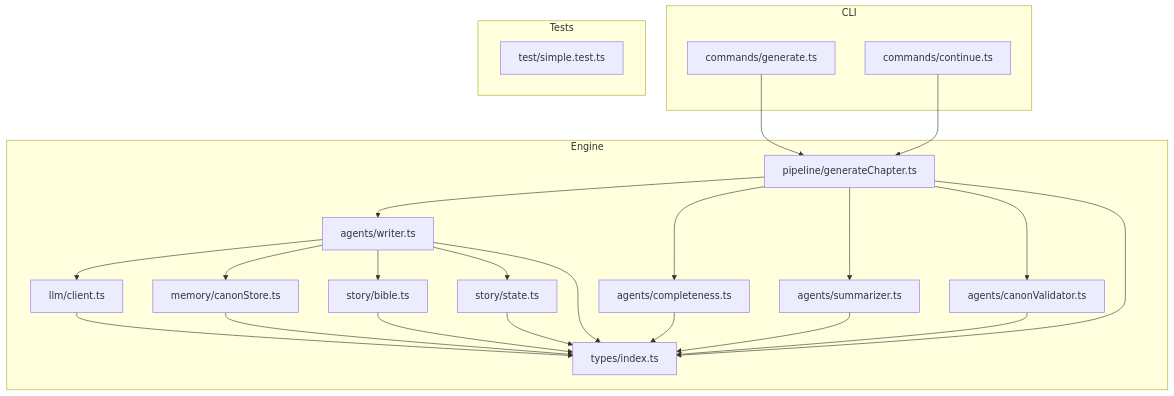
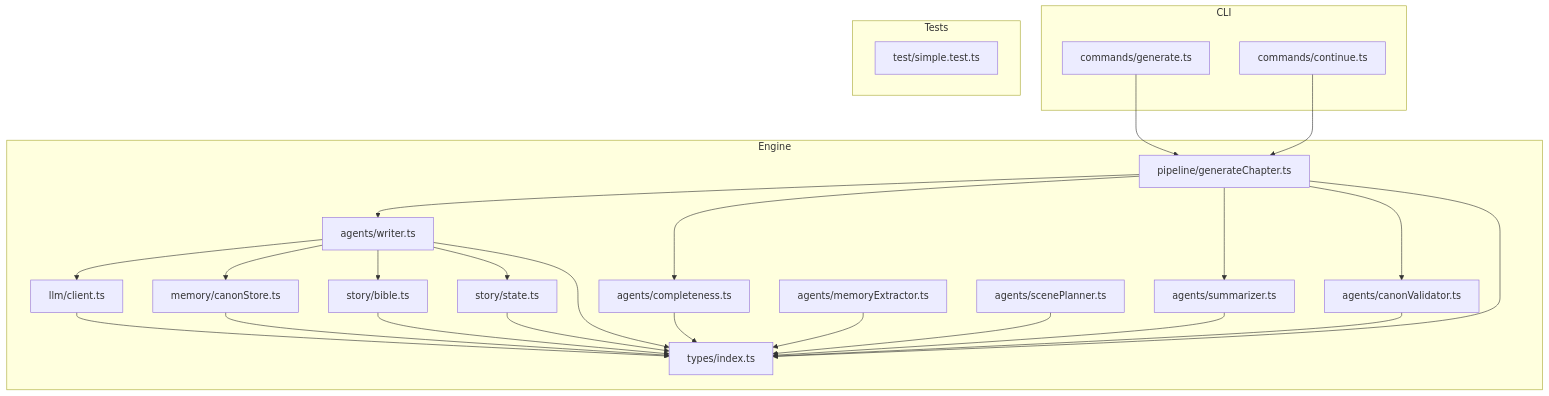
Before and after one commit to liwonder/NARRITIVE_OS: the first of 9 diagrams in .qoder/repowiki/en/content/AI Agent System/Writer Agent.md, drawn with Mermaid. The commit also changed other lines of this file and 12 other files, not shown here.

````diff
--- a/.qoder/repowiki/en/content/AI Agent System/Writer Agent.md
+++ b/.qoder/repowiki/en/content/AI Agent System/Writer Agent.md
@@ -39,41 +48,45 @@
 ```mermaid
 graph TB
 subgraph "Engine"
 A["agents/writer.ts"]
 B["pipeline/generateChapter.ts"]
 C["story/bible.ts"]
 D["story/state.ts"]
 E["memory/canonStore.ts"]
 F["agents/completeness.ts"]
 G["agents/summarizer.ts"]
 H["agents/canonValidator.ts"]
-I["llm/client.ts"]
-J["types/index.ts"]
+I["agents/memoryExtractor.ts"]
+J["agents/scenePlanner.ts"]
+K["llm/client.ts"]
+L["types/index.ts"]
 end
 subgraph "CLI"
-K["commands/generate.ts"]
-L["commands/continue.ts"]
+M["commands/generate.ts"]
+N["commands/continue.ts"]
 end
 subgraph "Tests"
-M["test/simple.test.ts"]
+O["test/simple.test.ts"]
 end
-K --> B
-L --> B
+M --> B
+N --> B
 B --> A
-A --> I
+A --> K
 A --> E
 B --> F
 B --> G
 B --> H
 A --> C
 A --> D
-A --> J
-B --> J
-C --> J
-D --> J
-E --> J
-F --> J
-G --> J
-H --> J
-I --> J
+A --> L
+B --> L
+C --> L
+D --> L
+E --> L
+F --> L
+G --> L
+H --> L
+I --> L
+J --> L
+K --> L
 ```
````
